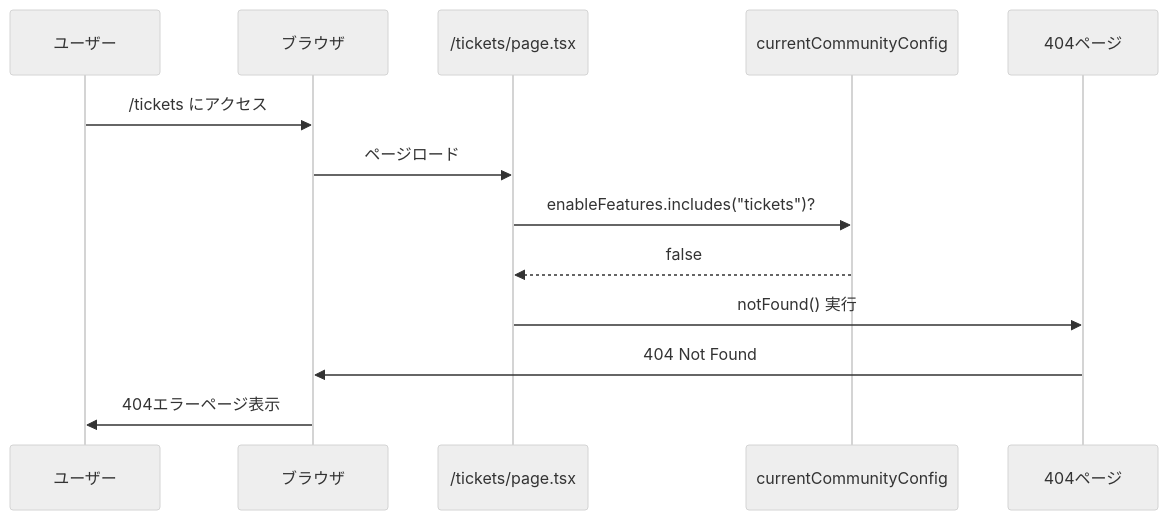
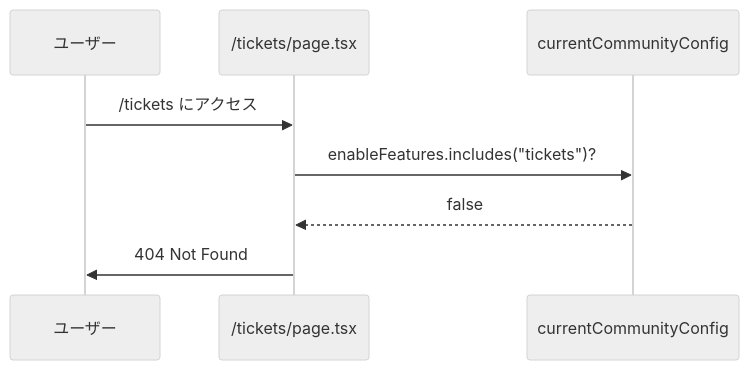
One commit to Hopin-inc/civicship-portal changed the second of 3 diagrams in docs/disable-ticket-features.md. Above: the diagram before and after it, drawn with Mermaid (neutral theme). The commit also changed other lines of this file, not shown here.

````diff
--- a/docs/disable-ticket-features.md
+++ b/docs/disable-ticket-features.md
@@ -669,16 +584,11 @@
 ```mermaid
 sequenceDiagram
     participant User as ユーザー
-    participant Browser as ブラウザ
-    participant TicketsPage as /tickets/page.tsx
+    participant Page as /tickets/page.tsx
     participant Config as currentCommunityConfig
-    participant NotFound as 404ページ
 
-    User->>Browser: /tickets にアクセス
-    Browser->>TicketsPage: ページロード
-    TicketsPage->>Config: enableFeatures.includes("tickets")?
-    Config-->>TicketsPage: false
-    TicketsPage->>NotFound: notFound() 実行
-    NotFound->>Browser: 404 Not Found
-    Browser->>User: 404エラーページ表示
+    User->>Page: /tickets にアクセス
+    Page->>Config: enableFeatures.includes("tickets")?
+    Config-->>Page: false
+    Page->>User: 404 Not Found
 ```
````
